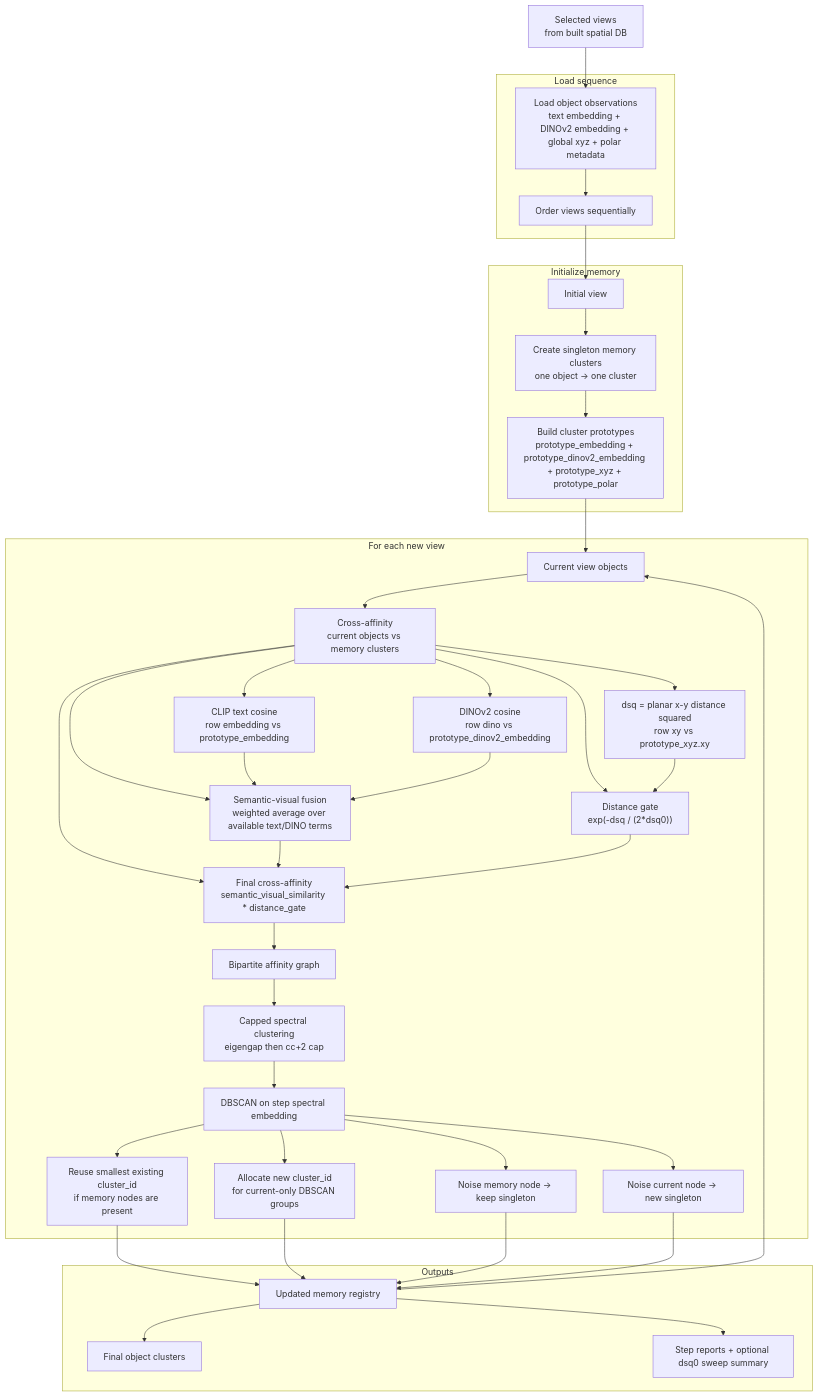
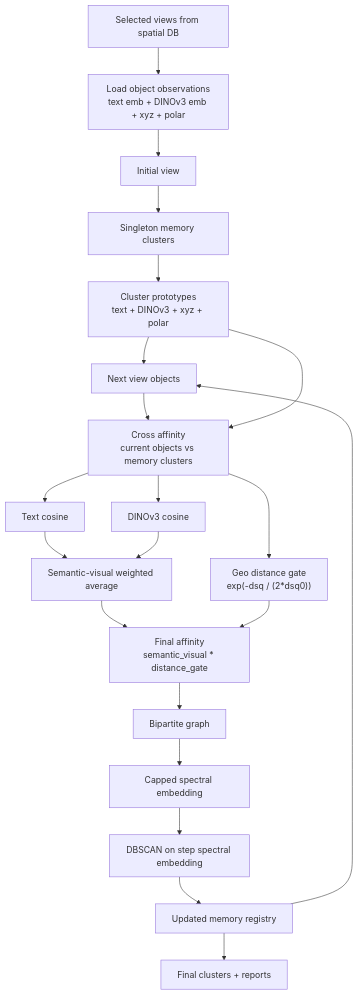
Before and after one commit to YuhengLiu6/SpacialRAG: the second of 2 diagrams in README.md, drawn with Mermaid. The commit also changed other lines of this file and 337 other files, not shown here.

````diff
--- a/README.md
+++ b/README.md
@@ -643,74 +821,32 @@
 ```mermaid
 flowchart TD
-    A["Selected views<br/>from built spatial DB"]
+    A["Selected views from spatial DB"]
+    B["Load object observations<br/>text emb + DINOv3 emb + xyz + polar"]
+    C["Initial view"]
+    D["Singleton memory clusters"]
+    E["Cluster prototypes<br/>text + DINOv3 + xyz + polar"]
+    F["Next view objects"]
+    G["Cross affinity<br/>current objects vs memory clusters"]
+    H["Text cosine"]
+    I["DINOv3 cosine"]
+    J["Semantic-visual weighted average"]
+    K["Geo distance gate<br/>exp(-dsq / (2*dsq0))"]
+    L["Final affinity<br/>semantic_visual * distance_gate"]
+    M["Bipartite graph"]
+    N["Capped spectral embedding"]
+    O["DBSCAN on step spectral embedding"]
+    P["Updated memory registry"]
+    Q["Final clusters + reports"]
 
-    subgraph S1["Load sequence"]
-        B["Load object observations<br/>text embedding + DINOv2 embedding + global xyz + polar metadata"]
-        C["Order views sequentially"]
-    end
-
-    subgraph S2["Initialize memory"]
-        D["Initial view"]
-        E["Create singleton memory clusters<br/>one object -> one cluster"]
-        E2["Build cluster prototypes<br/>prototype_embedding + prototype_dinov2_embedding + prototype_xyz + prototype_polar"]
-    end
-
-    subgraph S3["For each new view"]
-        F["Current view objects"]
-
-        G["Cross-affinity<br/>current objects vs memory clusters"]
-        G1["CLIP text cosine<br/>row embedding vs prototype_embedding"]
-        G2["DINOv2 cosine<br/>row dino vs prototype_dinov2_embedding"]
-        G3["Semantic-visual fusion<br/>weighted average over available text/DINO terms"]
-        G4["Distance gate<br/>exp(-dsq / (2*dsq0))"]
-        G5["dsq = planar x-y distance squared<br/>row xy vs prototype_xyz.xy"]
-        G6["Final cross-affinity<br/>semantic_visual_similarity * distance_gate"]
-
-        H["Bipartite affinity graph"]
-        I["Capped spectral clustering<br/>eigengap then cc+2 cap"]
-
-        J["DBSCAN on step spectral embedding"]
-        J1["Reuse smallest existing cluster_id<br/>if memory nodes are present"]
-        J2["Allocate new cluster_id<br/>for current-only DBSCAN groups"]
-        J3["Noise memory node -> keep singleton"]
-        J4["Noise current node -> new singleton"]
-    end
-
-    subgraph S4["Outputs"]
-        K["Updated memory registry"]
-        L["Final object clusters"]
-        M["Step reports + optional dsq0 sweep summary"]
-    end
-
-    A --> B --> C --> D --> E --> E2 --> F
-
+    A --> B --> C --> D --> E --> F
     F --> G
-    G --> G1
-    G --> G2
-    G --> G3
-    G --> G4
-    G --> G5
-    G --> G6
-    G1 --> G3
-    G2 --> G3
-    G5 --> G4
-    G3 --> G6
-    G4 --> G6
-    G6 --> H
-
-    H --> I --> J
-    J --> J1
-    J --> J2
-    J --> J3
-    J --> J4
-
-    J1 --> K
-    J2 --> K
-    J3 --> K
-    J4 --> K
-
-    K --> F
+    E --> G
+    G --> H --> J
+    G --> I --> J
+    G --> K
+    J --> L
     K --> L
-    K --> M
-
+    L --> M --> N --> O --> P
+    P --> F
+    P --> Q
 ```
````
